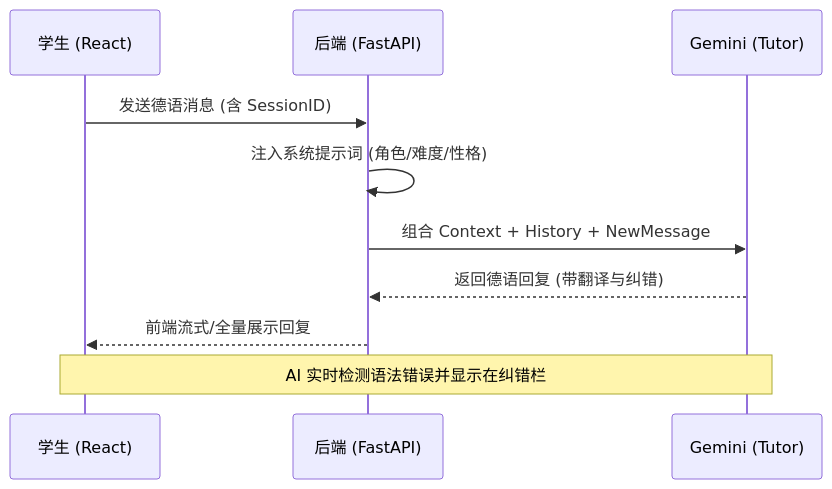
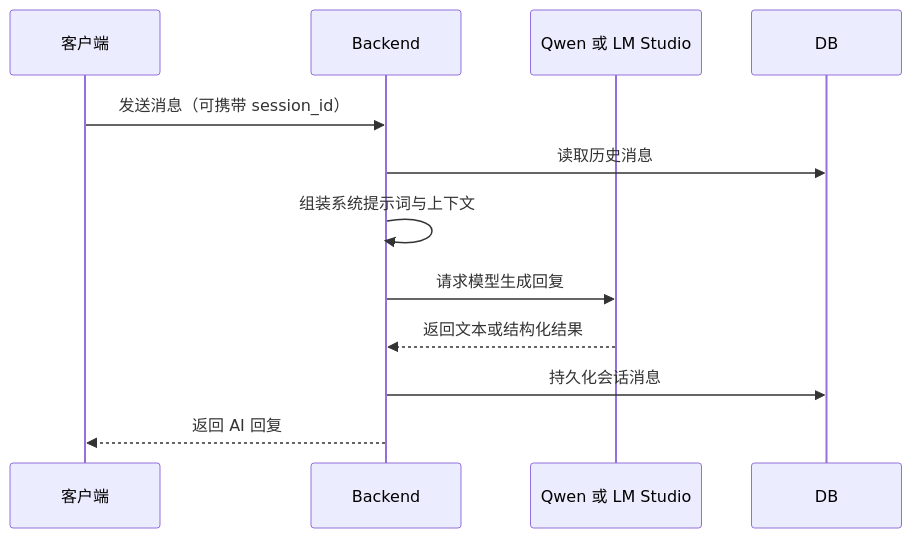
One commit to WuAnTheShy/SITP-German-AI-Agent changed the fourth of 7 diagrams in doc/Technical/系统流程与架构.md. Above: the diagram before and after it, drawn with Mermaid. The commit also changed other lines of this file and 9 other files, not shown here.

````diff
--- a/doc/Technical/系统流程与架构.md
+++ b/doc/Technical/系统流程与架构.md
@@ -48,13 +76,15 @@
 ```mermaid
 sequenceDiagram
-    participant S as 学生 (React)
-    participant B as 后端 (FastAPI)
-    participant G as Gemini (Tutor)
-    
-    S->>B: 发送德语消息 (含 SessionID)
-    B->>B: 注入系统提示词 (角色/难度/性格)
-    B->>G: 组合 Context + History + NewMessage
-    G-->>B: 返回德语回复 (带翻译与纠错)
-    B-->>S: 前端流式/全量展示回复
-    Note over S,G: AI 实时检测语法错误并显示在纠错栏
+    participant C as 客户端
+    participant B as Backend
+    participant L as Qwen 或 LM Studio
+    participant D as DB
+
+    C->>B: 发送消息（可携带 session_id）
+    B->>D: 读取历史消息
+    B->>B: 组装系统提示词与上下文
+    B->>L: 请求模型生成回复
+    L-->>B: 返回文本或结构化结果
+    B->>D: 持久化会话消息
+    B-->>C: 返回 AI 回复
 ```
````
